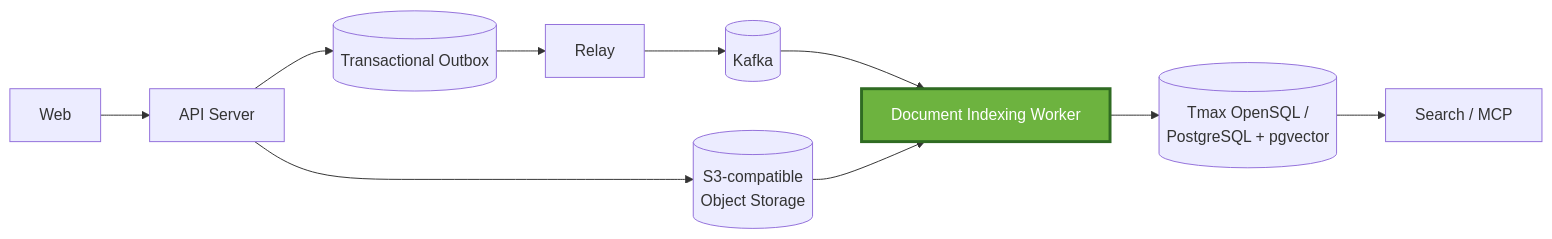
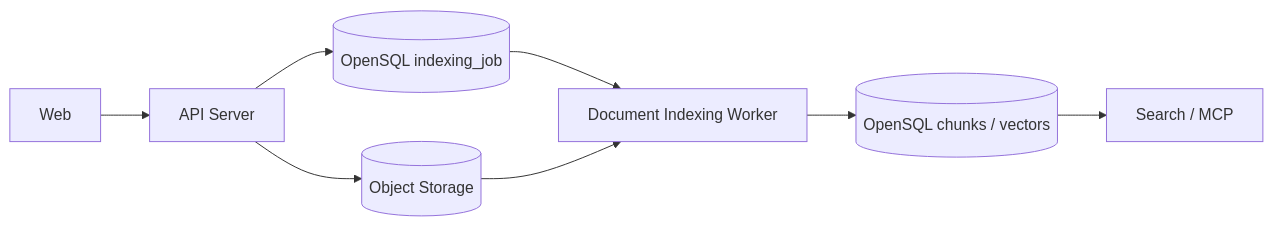
One commit to mash-up-kr/spr1n6-osscontest-worker changed the first of 2 diagrams in README.md. Above: the diagram before and after it, drawn with Mermaid. The commit also changed other lines of this file and 45 other files, not shown here.

````diff
--- a/README.md
+++ b/README.md
@@ -69,14 +18,10 @@
 ```mermaid
 flowchart LR
     Web[Web] --> Server[API Server]
-    Server --> Storage[(S3-compatible<br/>Object Storage)]
-    Server --> Outbox[(Transactional Outbox)]
-    Outbox --> Relay[Relay]
-    Relay --> Kafka[(Kafka)]
-    Kafka --> Worker[Document Indexing Worker]
+    Server --> Storage[(Object Storage)]
+    Server --> Queue[(OpenSQL indexing_job)]
+    Queue --> Worker[Document Indexing Worker]
     Storage --> Worker
-    Worker --> OpenSQL[(Tmax OpenSQL /<br/>PostgreSQL + pgvector)]
-    OpenSQL --> Search[Search / MCP]
-
-    style Worker fill:#6DB33F,color:#fff,stroke:#2f6b22,stroke-width:3px
+    Worker --> Results[(OpenSQL chunks / vectors)]
+    Results --> Search[Search / MCP]
 ```
````
